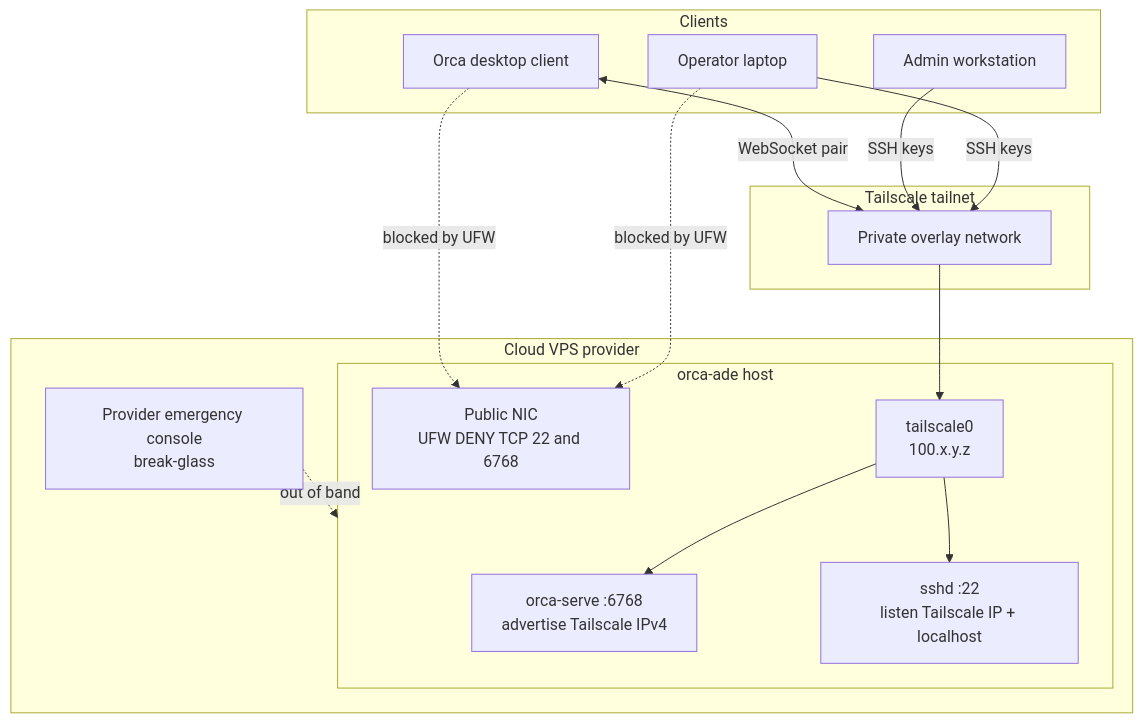
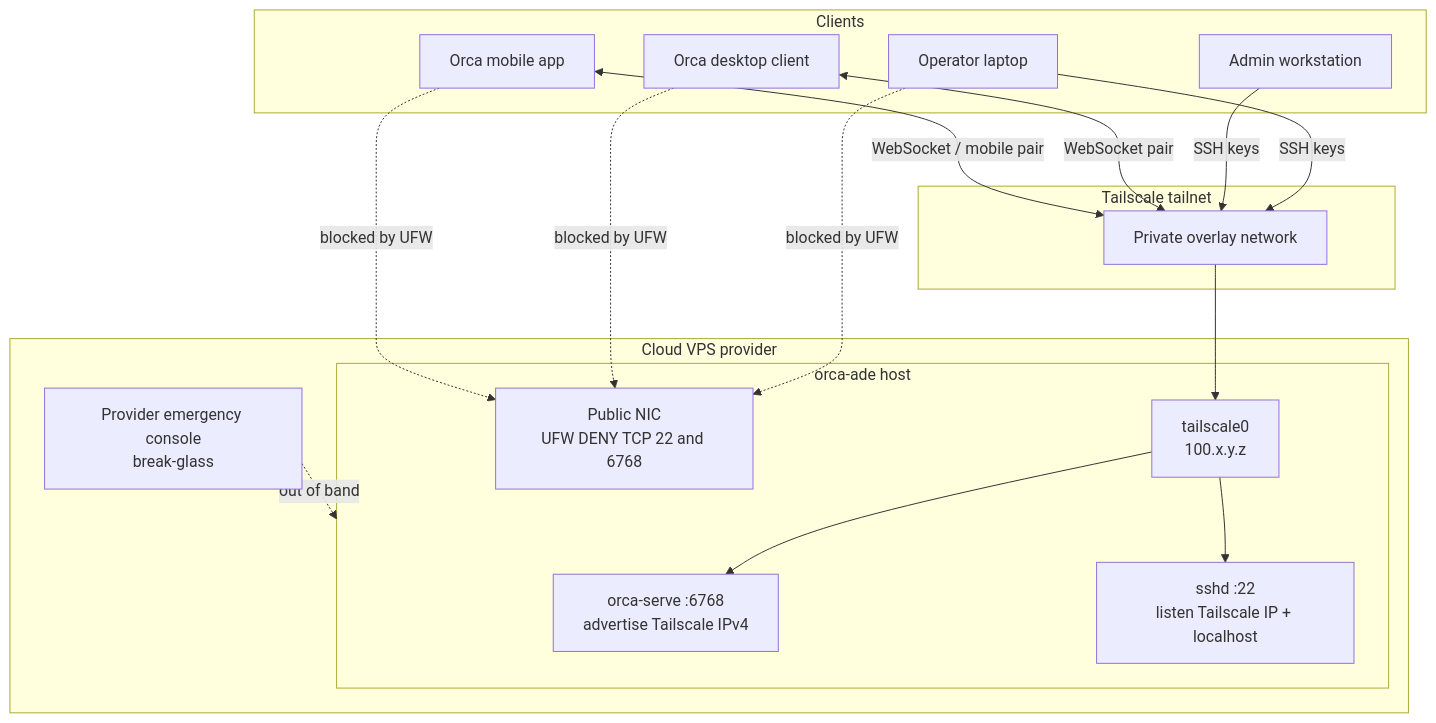
Before and after one commit to asakaxgit/orca-ade-stack: the diagram in docs/architecture.md, drawn with Mermaid. The commit also changed other lines of this file and 1 other file, not shown here.

Commit message:
Add Orca mobile app to architecture diagram
Same Tailscale pairing path as desktop; public NIC still denied.

````diff
--- a/docs/architecture.md
+++ b/docs/architecture.md
@@ -5,34 +5,37 @@
 ```mermaid
 flowchart TB
   subgraph clients ["Clients"]
     opLaptop["Operator laptop"]
     orcaClient["Orca desktop client"]
+    mobileApp["Orca mobile app"]
     adminWs["Admin workstation"]
   end
 
   subgraph ts ["Tailscale tailnet"]
     tsNet["Private overlay network"]
   end
 
   subgraph cloud ["Cloud VPS provider"]
     subgraph host ["orca-ade host"]
       serve["orca-serve :6768<br/>advertise Tailscale IPv4"]
       sshd["sshd :22<br/>listen Tailscale IP + localhost"]
       pubIf["Public NIC<br/>UFW DENY TCP 22 and 6768"]
       tsIf["tailscale0<br/>100.x.y.z"]
     end
     console["Provider emergency console<br/>break-glass"]
   end
 
   opLaptop -->|"SSH keys"| tsNet
   adminWs -->|"SSH keys"| tsNet
   orcaClient <-->|"WebSocket pair"| tsNet
+  mobileApp <-->|"WebSocket / mobile pair"| tsNet
 
   tsNet --> tsIf
   tsIf --> sshd
   tsIf --> serve
 
   opLaptop -.->|"blocked by UFW"| pubIf
   orcaClient -.->|"blocked by UFW"| pubIf
+  mobileApp -.->|"blocked by UFW"| pubIf
   console -.->|"out of band"| host
 ```
````
